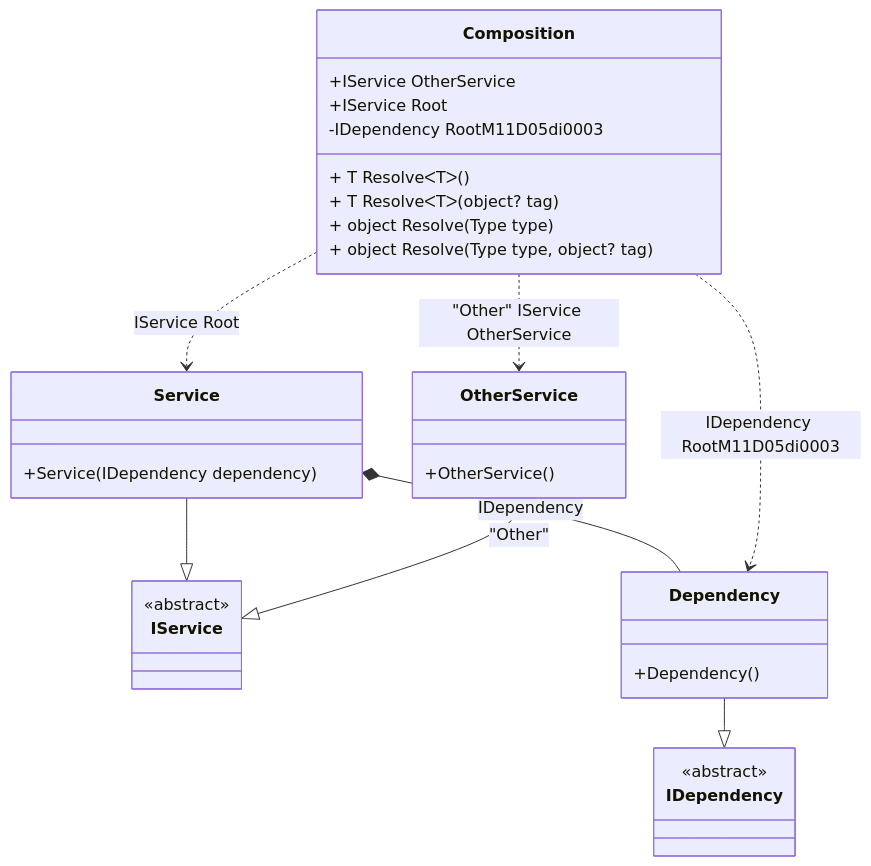
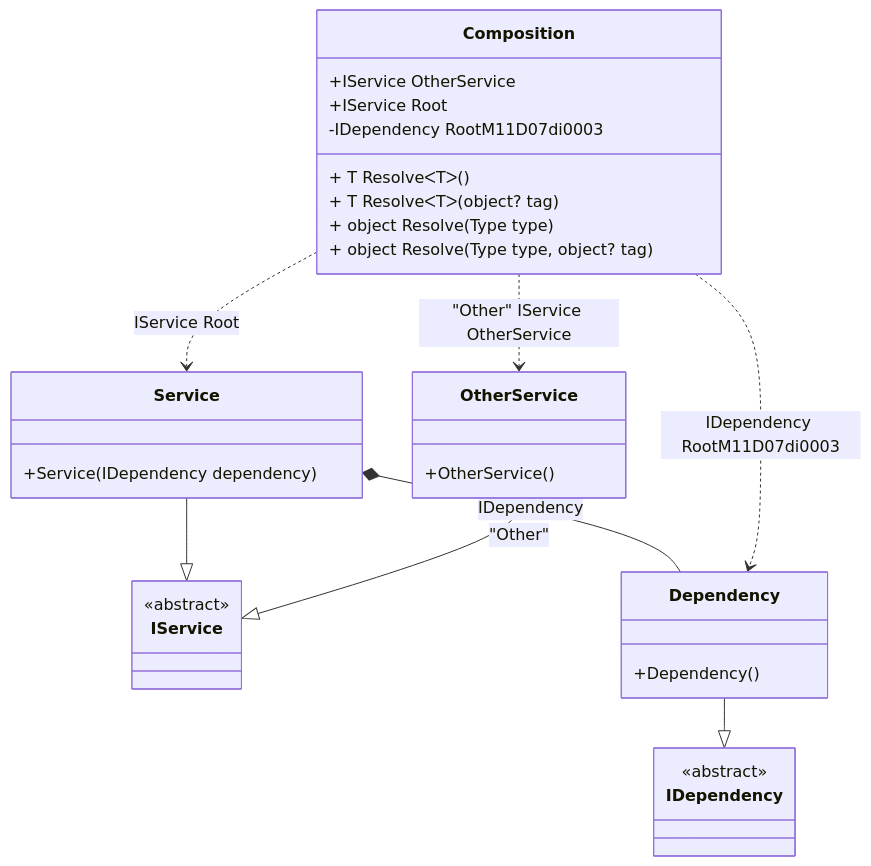
Before and after one commit to DevTeam/Pure.DI: the diagram in readme/composition-roots.md, drawn with Mermaid. The commit also changed other lines of this file and 102 other files, not shown here.

````diff
--- a/readme/composition-roots.md
+++ b/readme/composition-roots.md
@@ -45,34 +45,34 @@
 ```mermaid
 classDiagram
   class Composition {
     +IService OtherService
     +IService Root
-    -IDependency RootM11D05di0003
+    -IDependency RootM11D07di0003
     + T ResolveᐸTᐳ()
     + T ResolveᐸTᐳ(object? tag)
     + object Resolve(Type type)
     + object Resolve(Type type, object? tag)
   }
   Service --|> IService : 
   class Service {
     +Service(IDependency dependency)
   }
   OtherService --|> IService : "Other" 
   class OtherService {
     +OtherService()
   }
   Dependency --|> IDependency : 
   class Dependency {
     +Dependency()
   }
   class IService {
     <<abstract>>
   }
   class IDependency {
     <<abstract>>
   }
   Service *--  Dependency : IDependency
   Composition ..> Service : IService Root
   Composition ..> OtherService : "Other" IService OtherService
-  Composition ..> Dependency : IDependency RootM11D05di0003
+  Composition ..> Dependency : IDependency RootM11D07di0003
 ```
````
